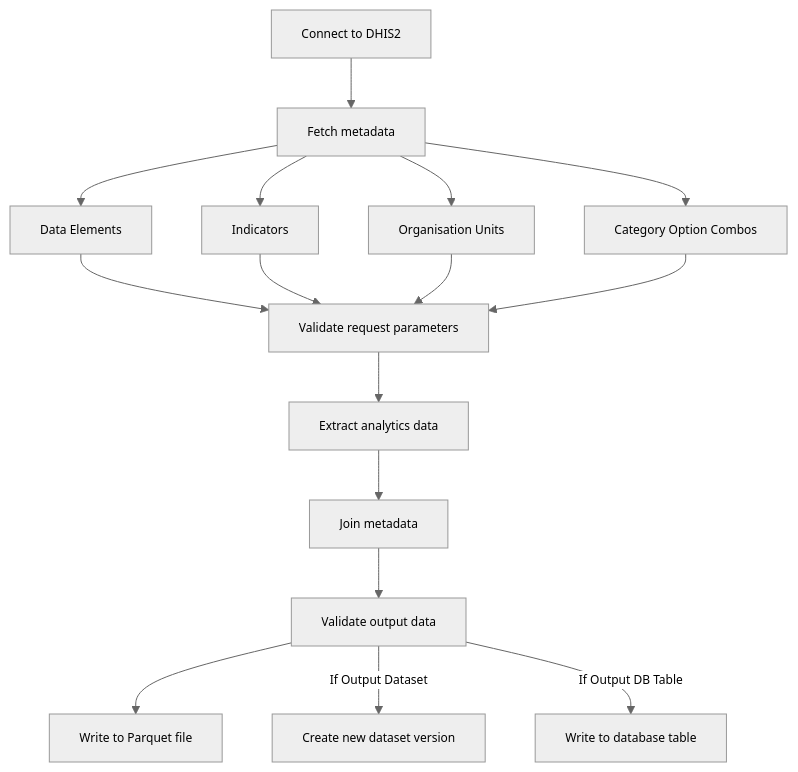
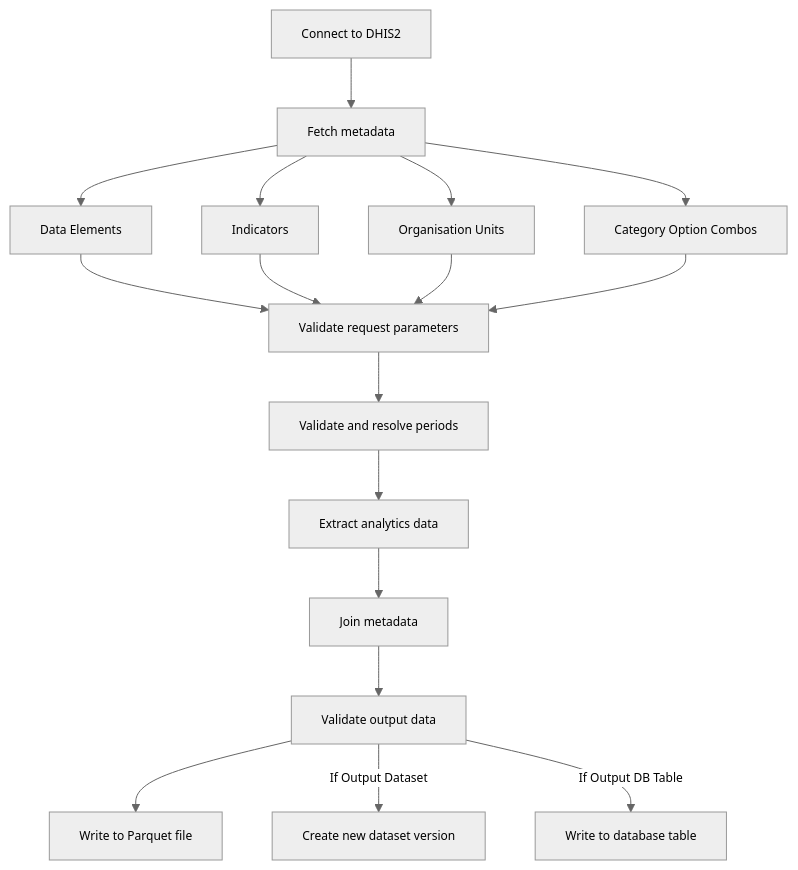
One commit to BLSQ/openhexa-templates-ds changed the diagram in dhis2_extract_analytics/README.md. Above: the diagram before and after it, drawn with Mermaid. The commit also changed other lines of this file and 8 other files, not shown here.

````diff
--- a/dhis2_extract_analytics/README.md
+++ b/dhis2_extract_analytics/README.md
@@ -102,28 +103,29 @@
 ```mermaid
 %%{init: 
 {
   "theme": "neutral",
   "themeVariables": {
     "fontFamily": "Barlow",
     "fontSize": "12px"
  }
 }
 }%%
 flowchart TB
     A[Connect to DHIS2]
     A --> C[Fetch metadata]
     C --> C1[Data Elements]
     C --> C2[Indicators]
     C --> C3[Organisation Units]
     C --> C4[Category Option Combos]
     C1 --> D[Validate request parameters]
     C2 --> D
     C3 --> D
     C4 --> D
-    D --> E[Extract analytics data]
+    D --> P[Validate and resolve periods]
+    P --> E[Extract analytics data]
     E --> F[Join metadata]
     F --> H[Validate output data]
     H --> I[Write to Parquet file]
     H -- If Output Dataset --> J[Create new dataset version]
     H -- If Output DB Table --> K[Write to database table]
 ```
````
